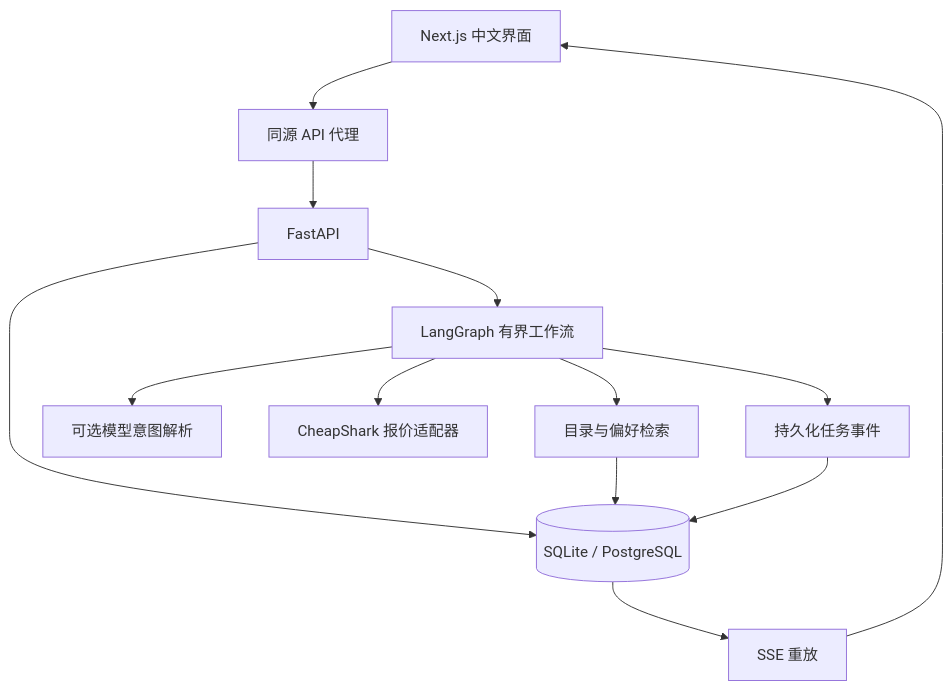
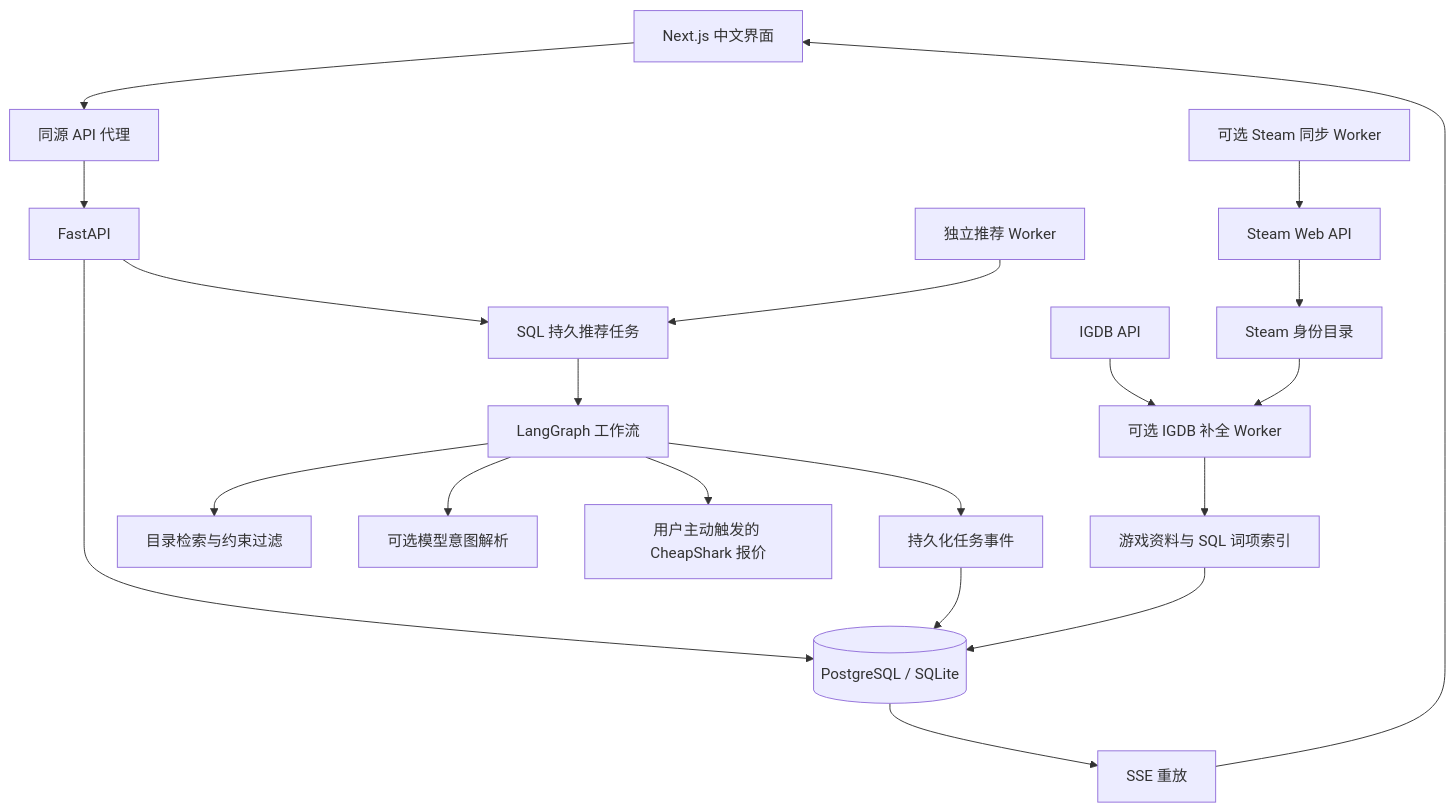
The diagram in README.md (volcano-code/PlayMatch), drawn with Mermaid before and after one commit. The commit also changed other lines of this file, not shown here.

````diff
--- a/README.md
+++ b/README.md
@@ -102,15 +178,22 @@
 ```mermaid
 flowchart TD
     Browser[Next.js 中文界面] --> Proxy[同源 API 代理]
     Proxy --> API[FastAPI]
-    API --> DB[(SQLite / PostgreSQL)]
-    API --> Graph[LangGraph 有界工作流]
-    Graph --> Catalog[目录与偏好检索]
+    API --> DB[(PostgreSQL / SQLite)]
+    API --> Queue[SQL 持久推荐任务]
+    Worker[独立推荐 Worker] --> Queue
+    Queue --> Graph[LangGraph 工作流]
+    Graph --> Retrieval[目录检索与约束过滤]
     Graph --> LLM[可选模型意图解析]
-    Graph --> Prices[CheapShark 报价适配器]
-    Catalog --> DB
+    Graph --> Price[用户主动触发的 CheapShark 报价]
     Graph --> Events[持久化任务事件]
     Events --> DB
-    DB --> Stream[SSE 重放]
-    Stream --> Browser
+    DB --> SSE[SSE 重放]
+    SSE --> Browser
+    Steam[可选 Steam 同步 Worker] --> SteamAPI[Steam Web API]
+    SteamAPI --> Identity[Steam 身份目录]
+    Identity --> Enrich[可选 IGDB 补全 Worker]
+    IGDB[IGDB API] --> Enrich
+    Enrich --> Metadata[游戏资料与 SQL 词项索引]
+    Metadata --> DB
 ```
````
